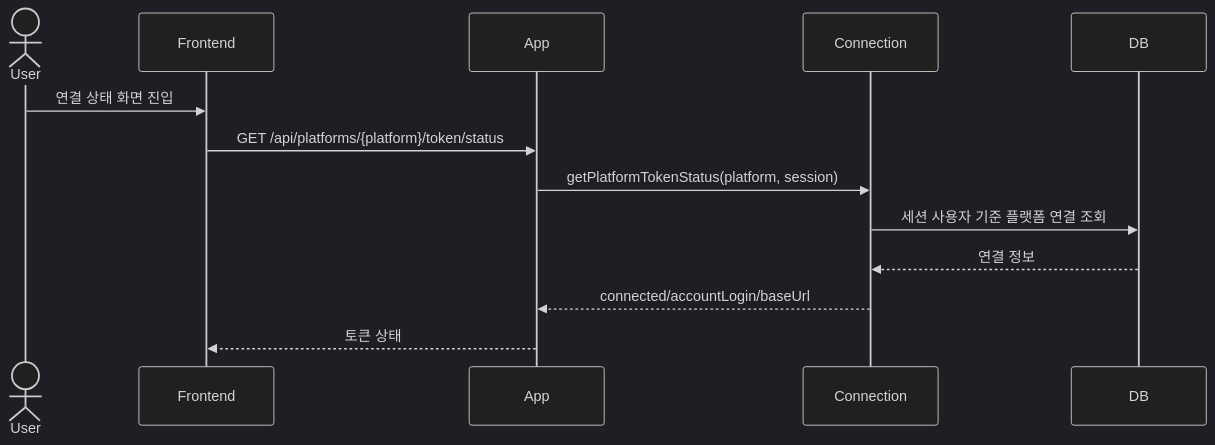
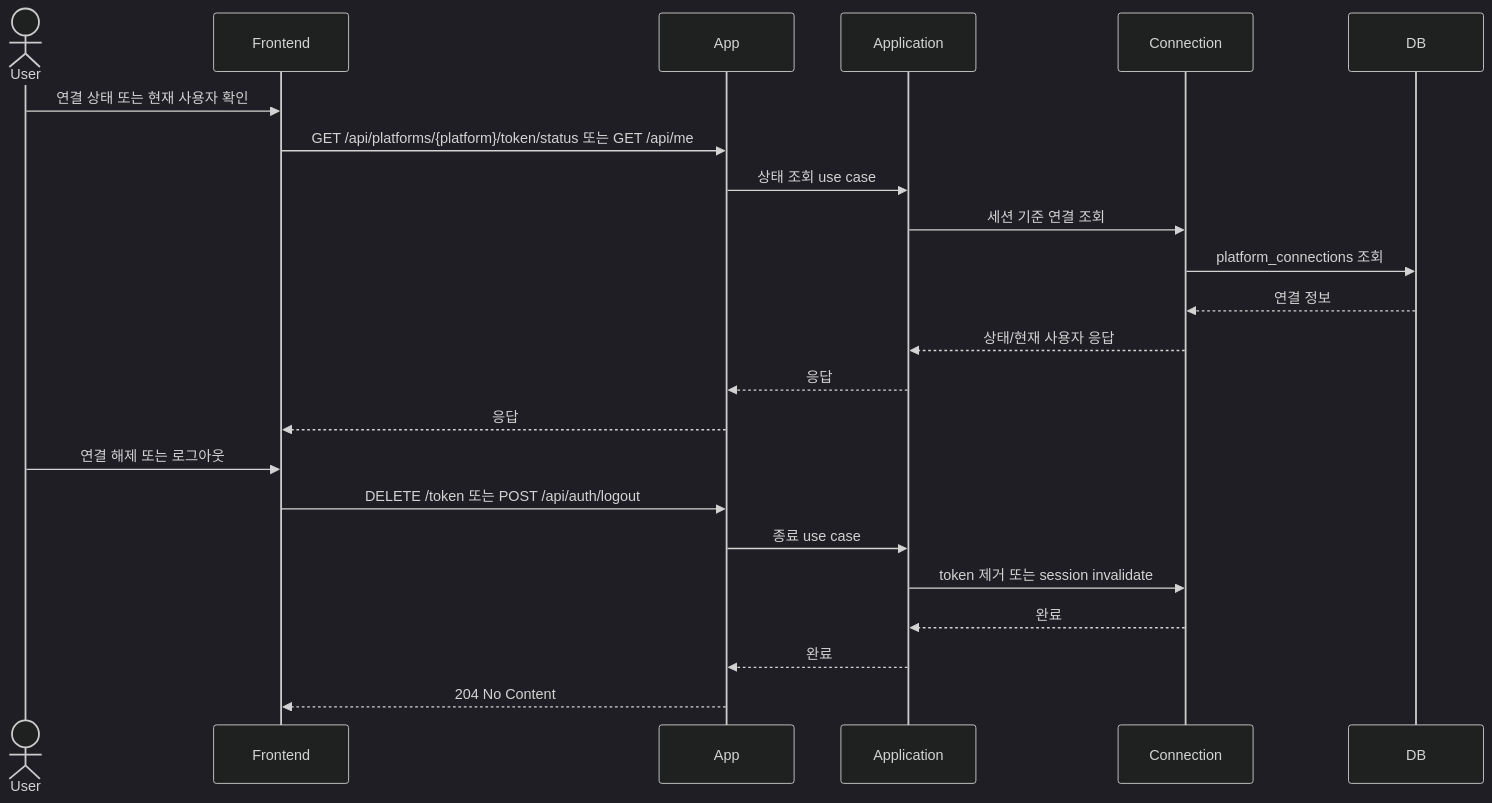
The second of 7 diagrams in docs/11-use-case-sequence-diagrams.md (Jungwoook/github-issue-manager), drawn with Mermaid (dark theme) before and after one commit. The commit also changed other lines of this file and 10 other files, not shown here.

````diff
--- a/docs/11-use-case-sequence-diagrams.md
+++ b/docs/11-use-case-sequence-diagrams.md
@@ -47,16 +46,27 @@
 ```mermaid
 sequenceDiagram
     actor User
     participant Frontend
     participant App
+    participant Application
     participant Connection
     participant DB
 
-    User->>Frontend: 연결 상태 화면 진입
-    Frontend->>App: GET /api/platforms/{platform}/token/status
-    App->>Connection: getPlatformTokenStatus(platform, session)
-    Connection->>DB: 세션 사용자 기준 플랫폼 연결 조회
+    User->>Frontend: 연결 상태 또는 현재 사용자 확인
+    Frontend->>App: GET /api/platforms/{platform}/token/status 또는 GET /api/me
+    App->>Application: 상태 조회 use case
+    Application->>Connection: 세션 기준 연결 조회
+    Connection->>DB: platform_connections 조회
     DB-->>Connection: 연결 정보
-    Connection-->>App: connected/accountLogin/baseUrl
-    App-->>Frontend: 토큰 상태
+    Connection-->>Application: 상태/현재 사용자 응답
+    Application-->>App: 응답
+    App-->>Frontend: 응답
+
+    User->>Frontend: 연결 해제 또는 로그아웃
+    Frontend->>App: DELETE /token 또는 POST /api/auth/logout
+    App->>Application: 종료 use case
+    Application->>Connection: token 제거 또는 session invalidate
+    Connection-->>Application: 완료
+    Application-->>App: 완료
+    App-->>Frontend: 204 No Content
 ```
````
